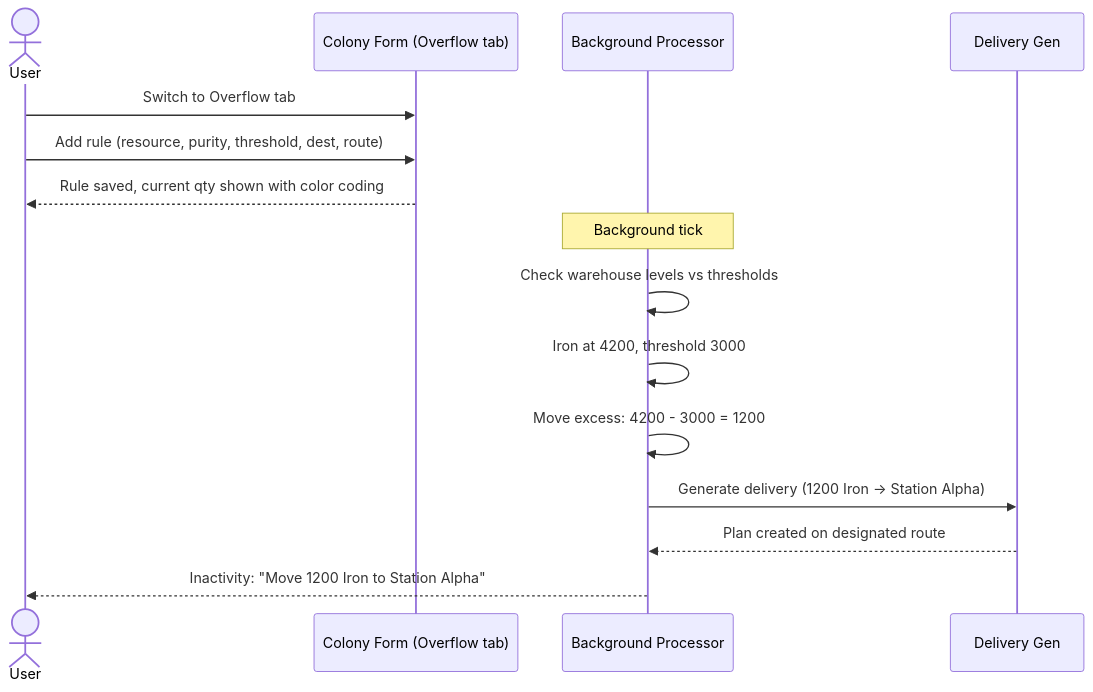
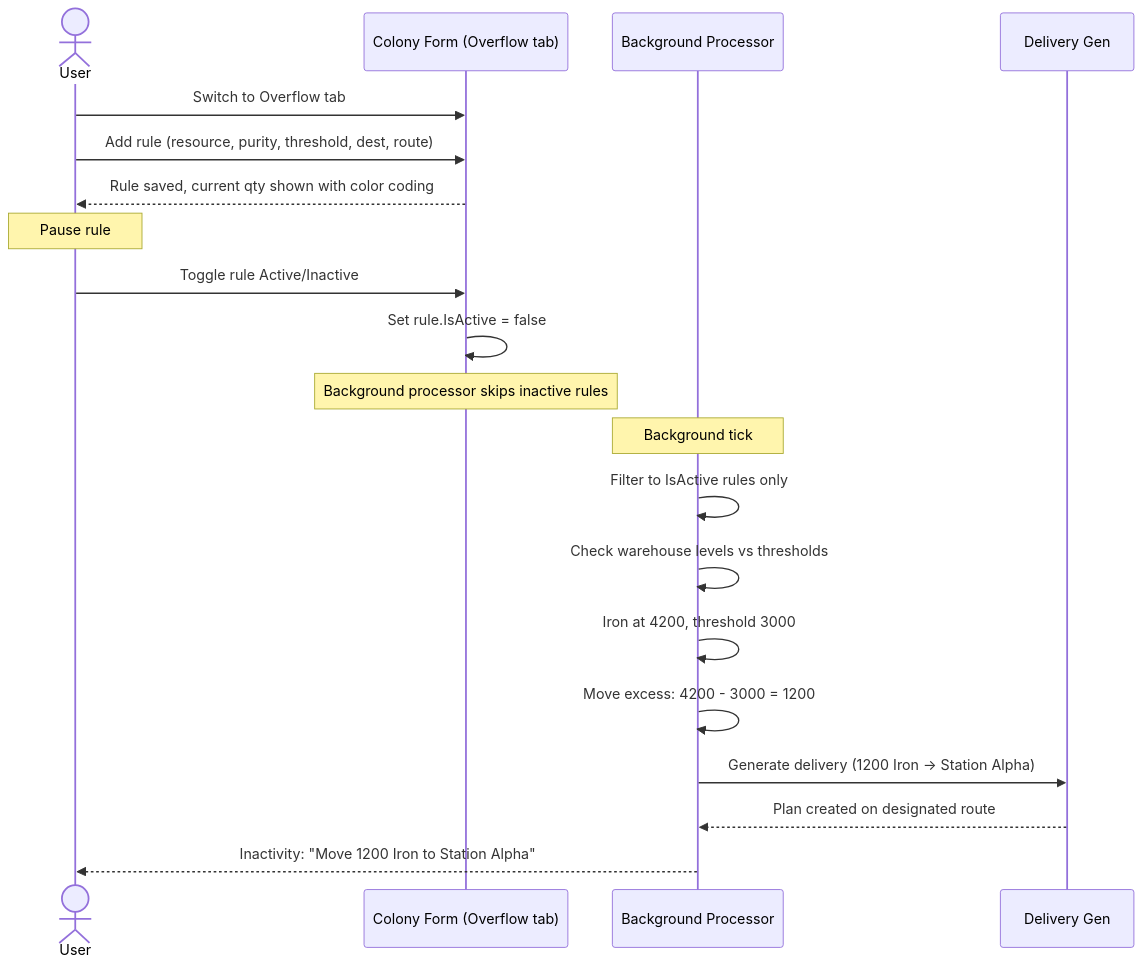
Diagram 16 of 18 in .kiro/specs/empire-systems/design.md (scalorn/OuterEmpires2EmpireTracker), drawn with Mermaid before and after one commit. The commit also changed other lines of this file, not shown here.

````diff
--- a/.kiro/specs/empire-systems/design.md
+++ b/.kiro/specs/empire-systems/design.md
@@ -454,19 +465,25 @@
 ```mermaid
 sequenceDiagram
     actor User
     participant CF as Colony Form (Overflow tab)
     participant BG as Background Processor
     participant DG as Delivery Gen
 
     User->>CF: Switch to Overflow tab
     User->>CF: Add rule (resource, purity, threshold, dest, route)
     CF-->>User: Rule saved, current qty shown with color coding
 
+    Note over User: Pause rule
+    User->>CF: Toggle rule Active/Inactive
+    CF->>CF: Set rule.IsActive = false
+    Note over CF: Background processor skips inactive rules
+
     Note over BG: Background tick
+    BG->>BG: Filter to IsActive rules only
     BG->>BG: Check warehouse levels vs thresholds
     BG->>BG: Iron at 4200, threshold 3000
     BG->>BG: Move excess: 4200 - 3000 = 1200
     BG->>DG: Generate delivery (1200 Iron → Station Alpha)
     DG-->>BG: Plan created on designated route
     BG-->>User: Inactivity: "Move 1200 Iron to Station Alpha"
 ```
````
